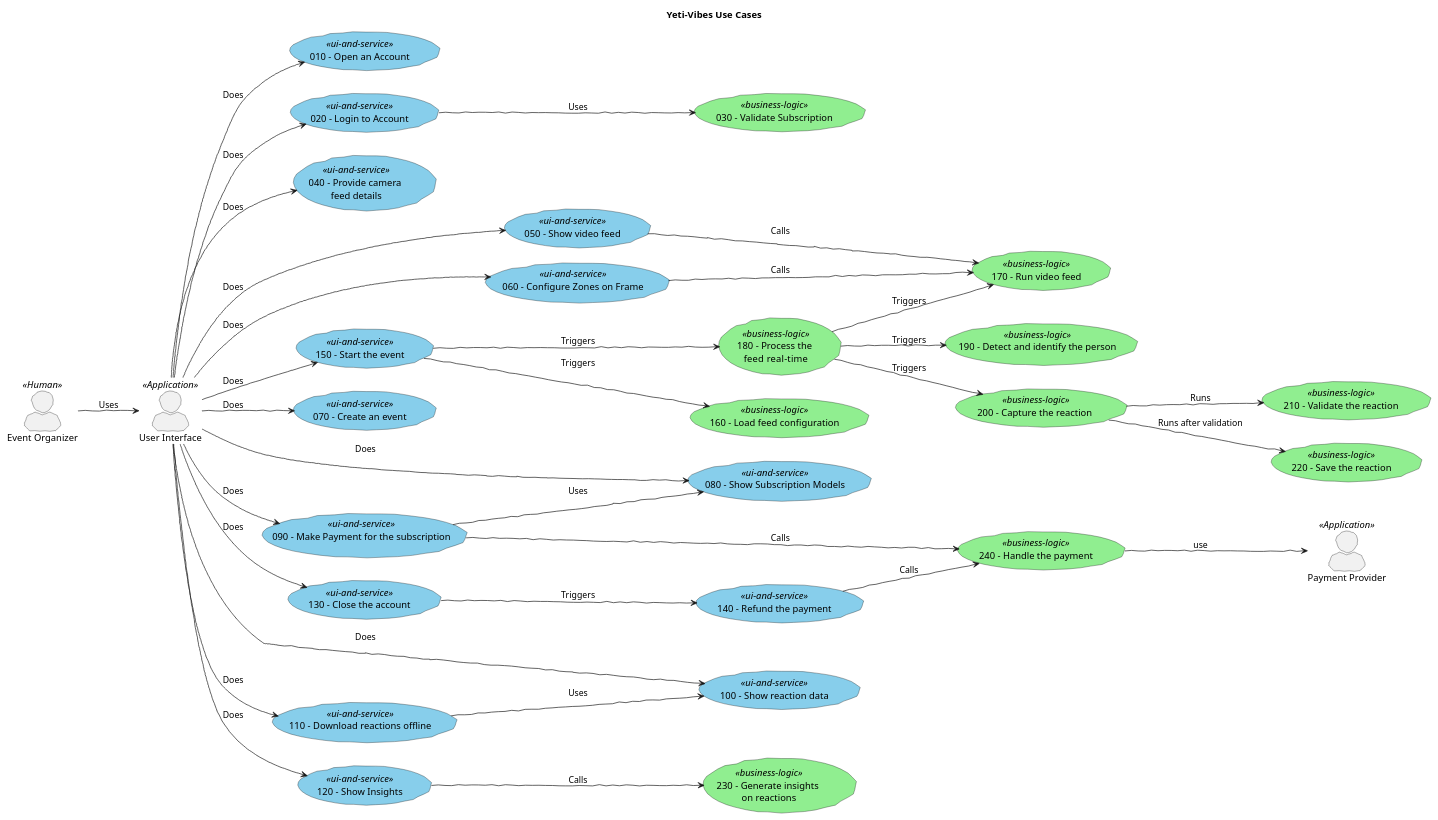
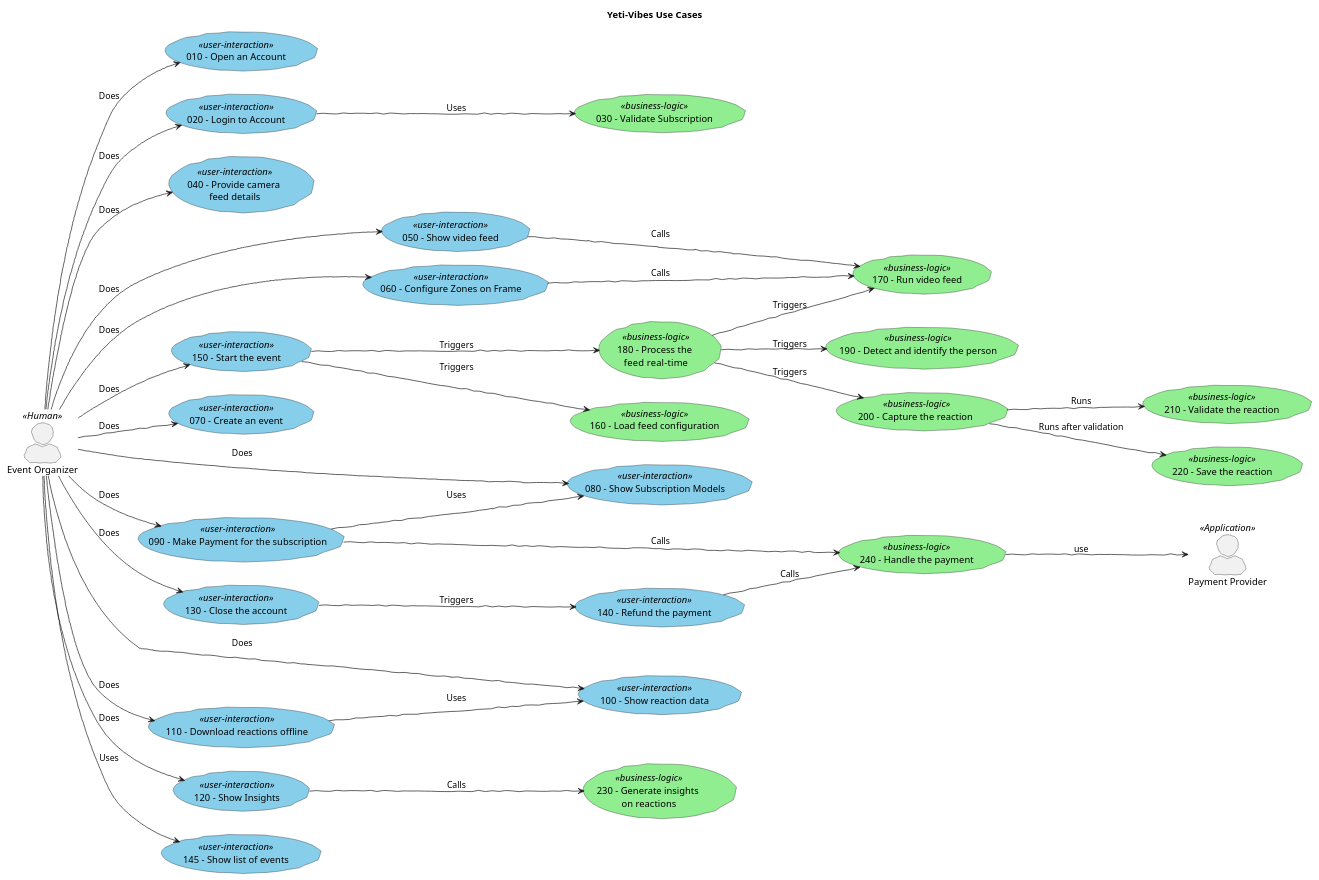
One commit to backendkolawole/yeti-crowd-insights changed the diagram in docs/diagrams/src/yeti-vibes-use-cases.puml. Above: the diagram before and after it, drawn with PlantUML. The commit also changed 6 other files, not shown here.

Commit message:
Show list of events, Start the event, Process the feed, use-cases created. Load feed configuration use case updated. yeti-vibes use-case diagram also updated

```diff
--- a/docs/diagrams/src/yeti-vibes-use-cases.puml
+++ b/docs/diagrams/src/yeti-vibes-use-cases.puml
@@ -1,87 +1,88 @@
 @startuml yeti_vibes_use_case_diagram
 title "Yeti-Vibes Use Cases"
 
 ' Layout settings
 skinparam actorStyle awesome
 skinparam handwritten true
 left to right direction
 skinparam usecase {
-    BackgroundColor<<ui-and-service>> SkyBlue
+    BackgroundColor<<user-interaction>> SkyBlue
     BackgroundColor<<business-logic>> LightGreen
+    BackgroundColor<<service-end-point>> Yellow
 }
 
 
 ' Actor definitions
 actor :Event Organizer: as Client << Human >>
-actor :User Interface: as UI <<Application>>
 actor :Payment Provider: as PaymentProvider <<Application>>
 
 ' Client application or service interaction use cases
 
-    usecase OpenAccount as "010 - Open an Account" <<ui-and-service>>
-    usecase Login as "020 - Login to Account" <<ui-and-service>>
+    usecase OpenAccount as "010 - Open an Account" <<user-interaction>>
+    usecase Login as "020 - Login to Account" <<user-interaction>>
     usecase ValidateSubscription as "030 - Validate Subscription" <<business-logic>>
-    usecase ConfigureCamera as "040 - Provide camera \nfeed details" <<ui-and-service>>
-    usecase ShowVideoFeed as "050 - Show video feed" <<ui-and-service>>
-    usecase ConfigureFrame as "060 - Configure Zones on Frame" <<ui-and-service>>
-    usecase CreateEvent as "070 - Create an event" <<ui-and-service>>
-    usecase ShowSubscriptions as "080 - Show Subscription Models" <<ui-and-service>>
-    usecase MakePayment as "090 - Make Payment for the subscription" <<ui-and-service>>
-    usecase ShowReactions as "100 - Show reaction data" <<ui-and-service>>
-    usecase DownloadReactions as "110 - Download reactions offline" <<ui-and-service>>
-    usecase ShowInsights as "120 - Show Insights" <<ui-and-service>>
-    usecase CloseAccount as "130 - Close the account" <<ui-and-service>>
-    usecase RefundPayment as "140 - Refund the payment" <<ui-and-service>>
-    usecase StartEvent as "150 - Start the event" <<ui-and-service>>
+    usecase ConfigureCamera as "040 - Provide camera \nfeed details" <<user-interaction>>
+    usecase ShowVideoFeed as "050 - Show video feed" <<user-interaction>>
+    usecase ConfigureFrame as "060 - Configure Zones on Frame" <<user-interaction>>
+    usecase CreateEvent as "070 - Create an event" <<user-interaction>>
+    usecase ShowSubscriptions as "080 - Show Subscription Models" <<user-interaction>>
+    usecase MakePayment as "090 - Make Payment for the subscription" <<user-interaction>>
+    usecase ShowReactions as "100 - Show reaction data" <<user-interaction>>
+    usecase DownloadReactions as "110 - Download reactions offline" <<user-interaction>>
+    usecase ShowInsights as "120 - Show Insights" <<user-interaction>>
+    usecase CloseAccount as "130 - Close the account" <<user-interaction>>
+    usecase RefundPayment as "140 - Refund the payment" <<user-interaction>>
+    usecase ShowEvents as "145 - Show list of events" <<user-interaction>>
+    usecase StartEvent as "150 - Start the event" <<user-interaction>>
 
 
 
 ' System process use cases
     usecase LoadConfiguration as "160 - Load feed configuration" <<business-logic>>
     usecase RunFeed as "170 - Run video feed" <<business-logic>>
     usecase ProcessFeed as "180 - Process the \nfeed  real-time" <<business-logic>>
     usecase IdentifyPerson as "190 - Detect and identify the person" <<business-logic>>
     usecase CaptureReaction as "200 - Capture the reaction " <<business-logic>>
     usecase ValidateReaction as "210 - Validate the reaction" <<business-logic>>
     usecase SaveReaction as "220 - Save the reaction" <<business-logic>>
     usecase GenerateInsights as "230 - Generate insights \non reactions" <<business-logic>>
     usecase HandlePayment as "240 - Handle the payment" <<business-logic>>
 
 
 ' Client interactions
-Client --> UI : Uses
-UI --> OpenAccount : Does
-UI --> Login : Does
+Client --> OpenAccount : Does
+Client --> Login : Does
 Login --> ValidateSubscription : Uses
-UI --> ConfigureCamera : Does
-UI --> ShowVideoFeed : Does
+Client --> ConfigureCamera : Does
+Client --> ShowVideoFeed : Does
 ShowVideoFeed --> RunFeed : Calls
-UI --> ConfigureFrame : Does
+Client --> ConfigureFrame : Does
 ConfigureFrame --> RunFeed : Calls
-UI --> CreateEvent : Does
-UI --> ShowSubscriptions : Does
-UI --> MakePayment : Does
+Client --> CreateEvent : Does
+Client --> ShowSubscriptions : Does
+Client --> MakePayment : Does
 MakePayment --> ShowSubscriptions : Uses
 MakePayment --> HandlePayment : Calls
-UI --> StartEvent : Does
-UI --> ShowReactions : Does
-UI --> DownloadReactions : Does
+Client --> ShowEvents : Uses
+Client --> StartEvent : Does
+Client --> ShowReactions : Does
+Client --> DownloadReactions : Does
 DownloadReactions --> ShowReactions : Uses
-UI --> ShowInsights : Does
+Client --> ShowInsights : Does
 ShowInsights --> GenerateInsights : Calls
-UI --> CloseAccount : Does
+Client --> CloseAccount : Does
 CloseAccount --> RefundPayment : Triggers
 RefundPayment --> HandlePayment : Calls
 
 
 ' System interactions
 StartEvent --> LoadConfiguration : Triggers
 StartEvent --> ProcessFeed : Triggers
 ProcessFeed --> RunFeed: Triggers
 ProcessFeed --> IdentifyPerson : Triggers
 ProcessFeed --> CaptureReaction : Triggers
 CaptureReaction --> ValidateReaction : Runs
 CaptureReaction --> SaveReaction : Runs after validation
 HandlePayment --> PaymentProvider : use
 
 @enduml
```
